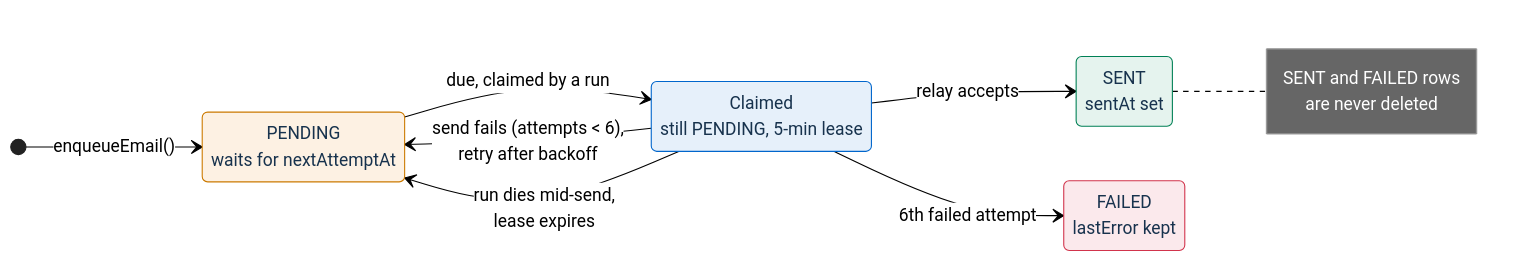
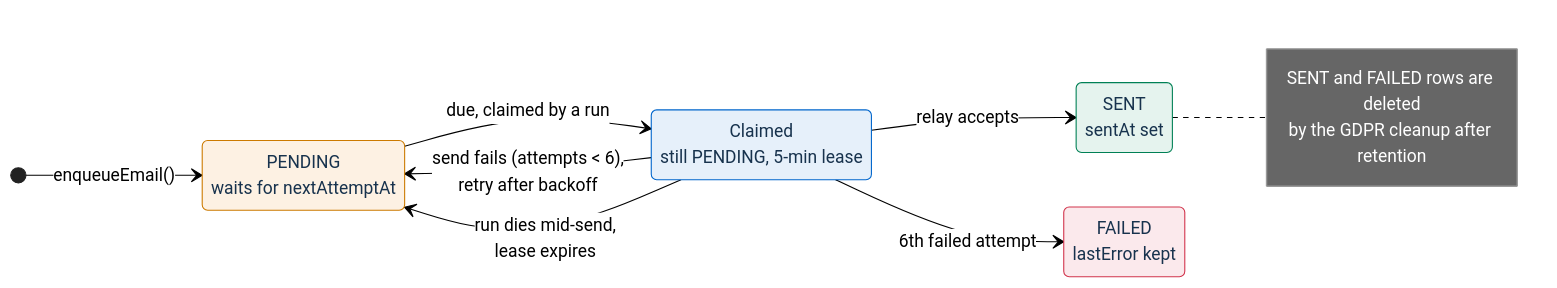
One commit to italia/pa-webinar changed the second of 4 diagrams in docs/architecture/email.md. Above: the diagram before and after it, drawn with Mermaid (neutral theme). The commit also changed other lines of this file and 33 other files, not shown here.

````diff
--- a/docs/architecture/email.md
+++ b/docs/architecture/email.md
@@ -90,29 +90,29 @@
 ```mermaid
 stateDiagram-v2
     direction LR
     state "PENDING<br/>waits for nextAttemptAt" as P
     state "Claimed<br/>still PENDING, 5-min lease" as C
     state "SENT<br/>sentAt set" as S
     state "FAILED<br/>lastError kept" as F
 
     [*] --> P: enqueueEmail()
     P --> C: due, claimed by a run
     C --> S: relay accepts
     C --> P: send fails (attempts < 6),<br/>retry after backoff
     C --> F: 6th failed attempt
     C --> P: run dies mid-send,<br/>lease expires
 
     note right of S
-        SENT and FAILED rows
-        are never deleted
+        SENT and FAILED rows are deleted
+        by the GDPR cleanup after retention
     end note
 
     classDef pending fill:#FDF1E3,stroke:#CC7A00,color:#17324D
     classDef claimed fill:#E6F0FA,stroke:#0066CC,color:#17324D
     classDef ok fill:#E5F3EE,stroke:#008055,color:#17324D
     classDef bad fill:#FBE9EC,stroke:#D1344C,color:#17324D
     class P pending
     class C claimed
     class S ok
     class F bad
 ```
````
